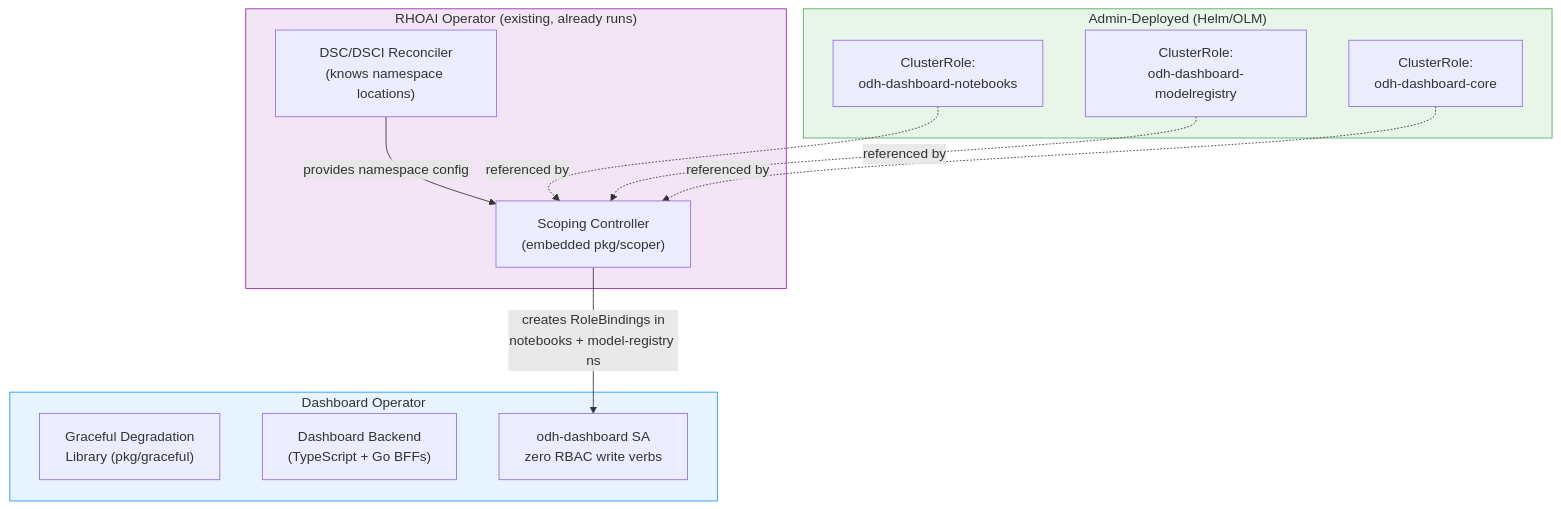
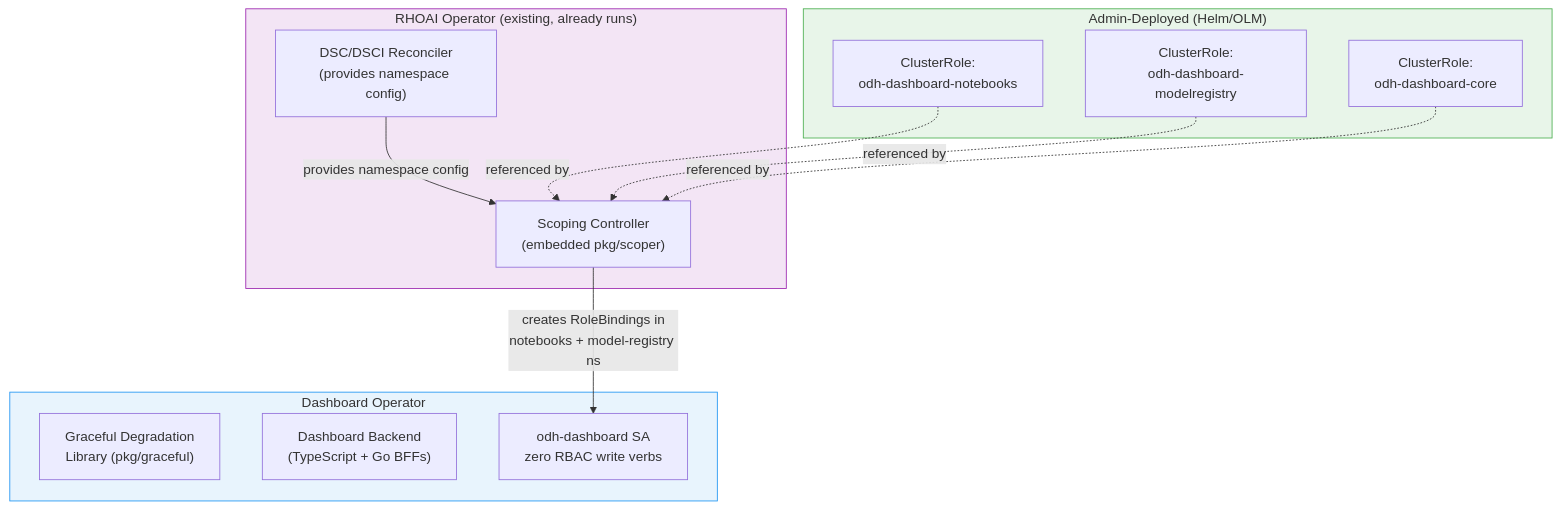
The diagram in site/docs/examples/rhoai-dashboard.md (opendatahub-io/operator-rbac-toolkit), drawn with Mermaid before and after one commit. The commit also changed other lines of this file, not shown here.

````diff
--- a/site/docs/examples/rhoai-dashboard.md
+++ b/site/docs/examples/rhoai-dashboard.md
@@ -31,30 +32,30 @@
 ```mermaid
 flowchart TB
     subgraph rhoai ["RHOAI Operator (existing, already runs)"]
         SC["Scoping Controller\n(embedded pkg/scoper)"]
-        DSC["DSC/DSCI Reconciler\n(knows namespace locations)"]
+        DSC["DSC/DSCI Reconciler\n(provides namespace config)"]
     end
 
     subgraph dashboard ["Dashboard Operator"]
         GL["Graceful Degradation\nLibrary (pkg/graceful)"]
         APP["Dashboard Backend\n(TypeScript + Go BFFs)"]
         OSA["odh-dashboard SA\nzero RBAC write verbs"]
     end
 
     DSC -->|provides namespace config| SC
     SC -->|creates RoleBindings in\nnotebooks + model-registry ns| OSA
 
     subgraph static ["Admin-Deployed (Helm/OLM)"]
         CR1["ClusterRole:\nodh-dashboard-notebooks"]
         CR2["ClusterRole:\nodh-dashboard-modelregistry"]
         CR3["ClusterRole:\nodh-dashboard-core"]
     end
 
     CR1 -.->|referenced by| SC
     CR2 -.->|referenced by| SC
     CR3 -.->|referenced by| SC
 
     style rhoai fill:#f3e5f5,stroke:#9C27B0
     style dashboard fill:#e8f4fd,stroke:#2196F3
     style static fill:#e8f5e9,stroke:#4CAF50
 ```
````
